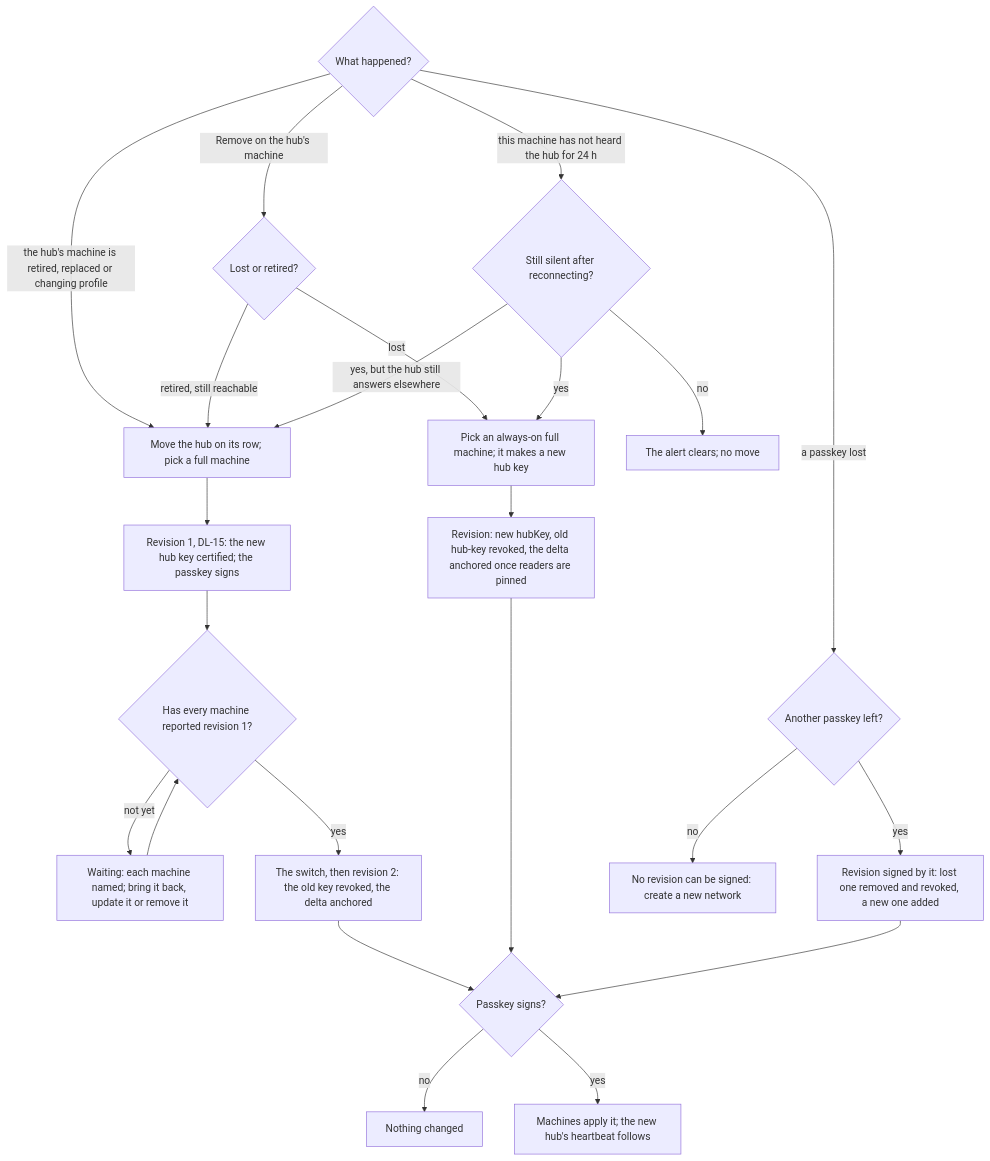
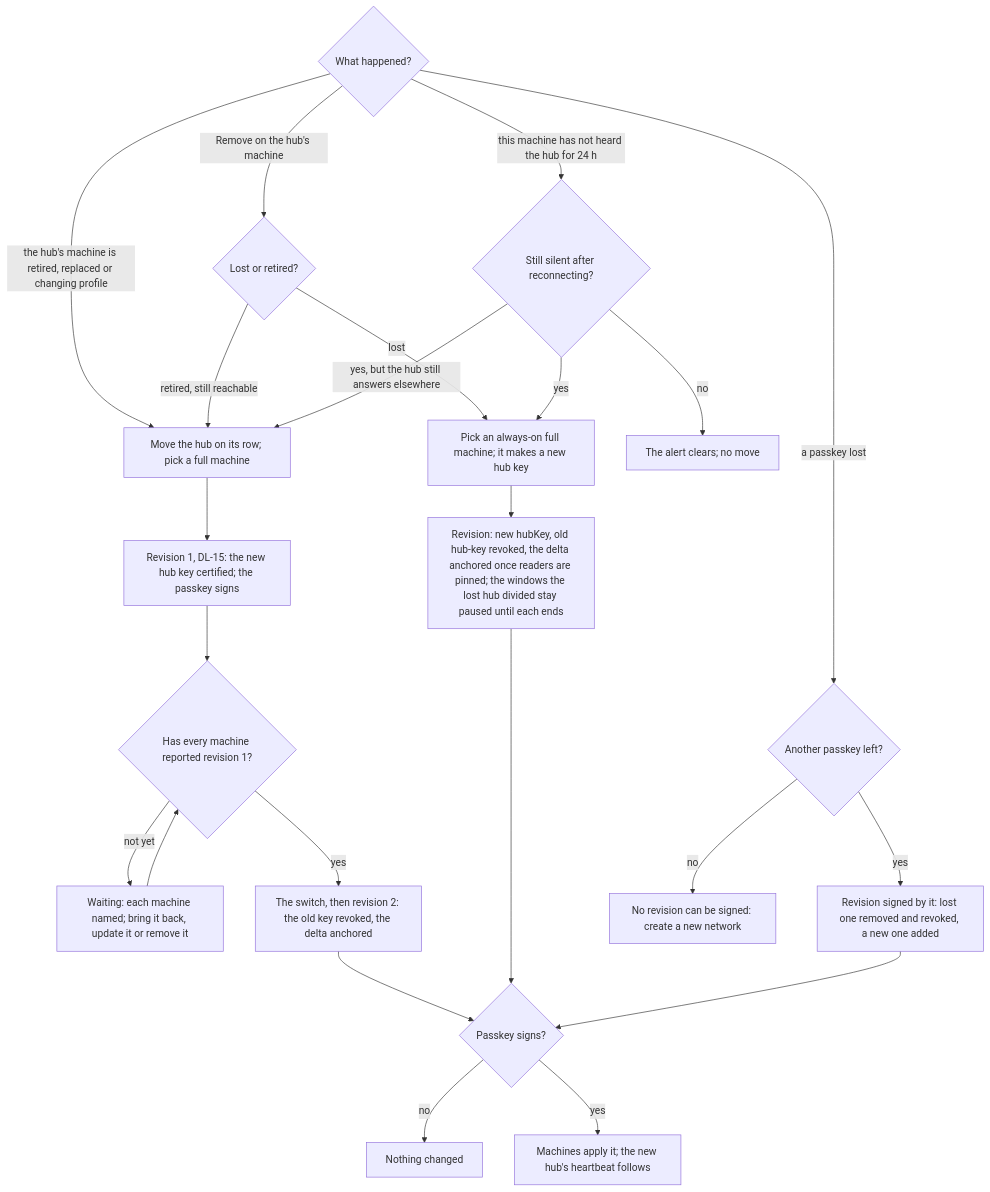
Before and after one commit to passioncode-ai/fabric-agent-contract: diagram 27 of 34 in docs/ux/flows.md, drawn with Mermaid. The commit also changed 15 other files, not shown here.

Commit message:
DEC-0146: round 3 folded in (a lost hub keeps its windows closed to their end, notAfter to the millisecond, dropped reports acknowledged, one answer for a node with no records)

````diff
--- a/docs/ux/flows.md
+++ b/docs/ux/flows.md
@@ -662,25 +662,25 @@
 ```mermaid
 flowchart TD
   A{What happened?} -->|the hub's machine is retired, replaced or changing profile| L[Move the hub on its row; pick a full machine]
   A -->|Remove on the hub's machine| K{Lost or retired?}
   K -->|retired, still reachable| L
   K -->|lost| M
   L --> T1[Revision 1, DL-15: the new hub key certified; the passkey signs]
   T1 --> W{Has every machine reported revision 1?}
   W -->|not yet| V[Waiting: each machine named; bring it back, update it or remove it]
   V --> W
   W -->|yes| T[The switch, then revision 2: the old key revoked, the delta anchored]
   T --> S
   A -->|this machine has not heard the hub for 24 h| C{Still silent after reconnecting?}
   C -->|no| Z[The alert clears; no move]
   C -->|yes, but the hub still answers elsewhere| L
   C -->|yes| M[Pick an always-on full machine; it makes a new hub key]
-  M --> R[Revision: new hubKey, old hub-key revoked, the delta anchored once readers are pinned]
+  M --> R[Revision: new hubKey, old hub-key revoked, the delta anchored once readers are pinned; the windows the lost hub divided stay paused until each ends]
   A -->|a passkey lost| P{Another passkey left?}
   P -->|yes| Q[Revision signed by it: lost one removed and revoked, a new one added]
   P -->|no| N[No revision can be signed: create a new network]
   R --> S{Passkey signs?}
   Q --> S
   S -->|no| X[Nothing changed]
   S -->|yes| D[Machines apply it; the new hub's heartbeat follows]
 ```
````
